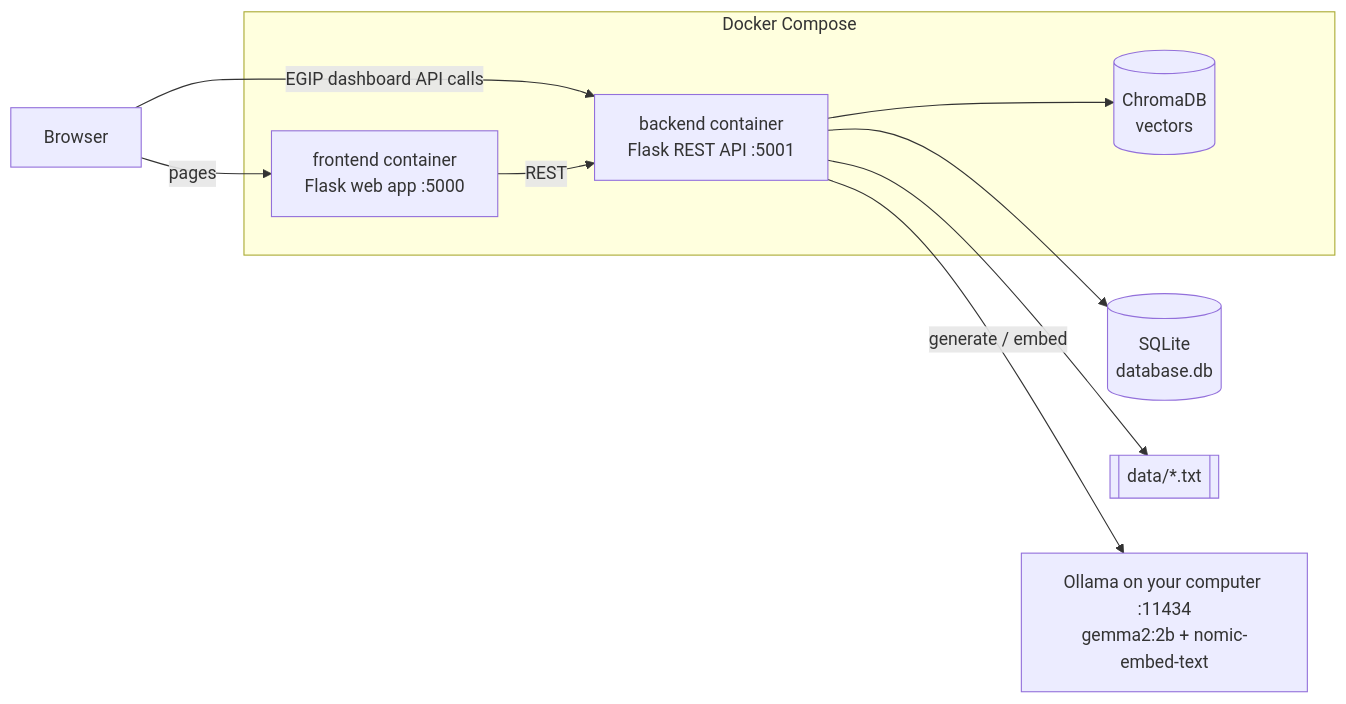
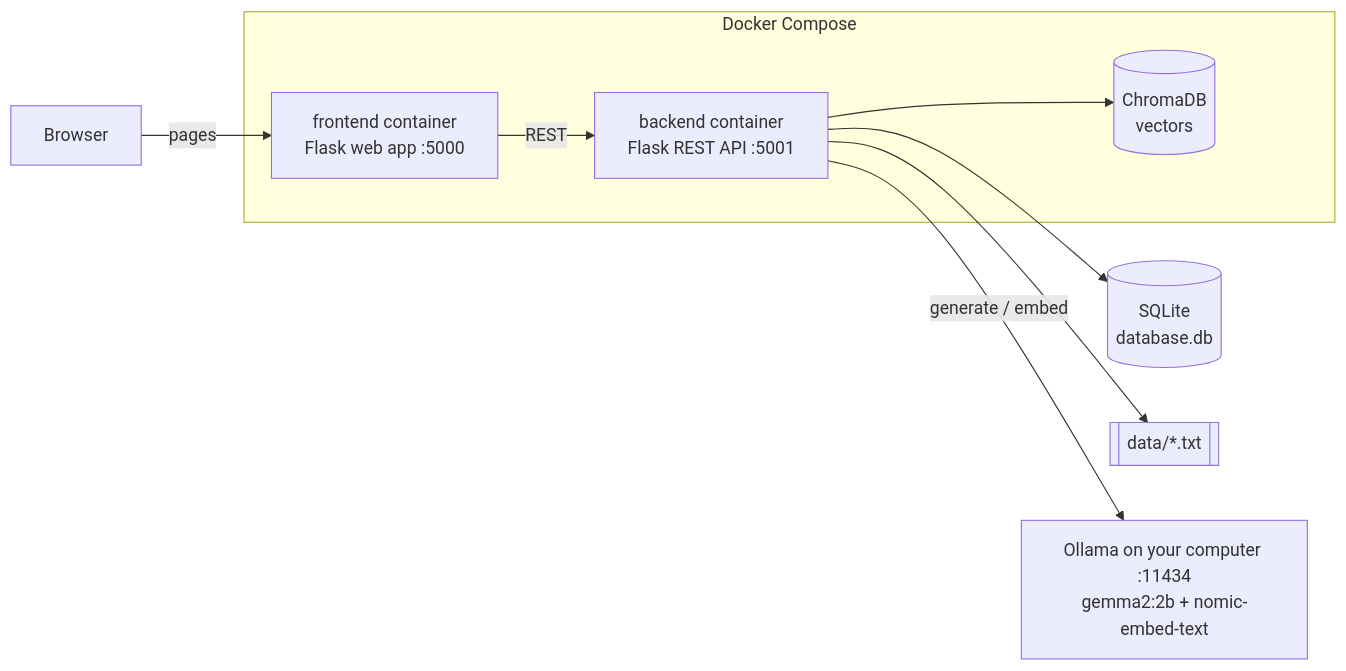
The diagram in README.md (HowardHoJiaHao/GovernanceIntelligencePlatform), drawn with Mermaid before and after one commit. The commit also changed other lines of this file and 24 other files, not shown here.

First line of the commit message:
Merge the EGIP dashboard into the Flask web app

````diff
--- a/README.md
+++ b/README.md
@@ -99,20 +97,19 @@
 ```mermaid
 flowchart LR
     browser["Browser"]
     subgraph compose["Docker Compose"]
         fe["frontend container<br/>Flask web app :5000"]
         be["backend container<br/>Flask REST API :5001"]
         chroma[("ChromaDB<br/>vectors")]
     end
     db[("SQLite<br/>database.db")]
     files[["data/*.txt"]]
     ollama["Ollama on your computer :11434<br/>gemma2:2b + nomic-embed-text"]
 
     browser -- "pages" --> fe
-    browser -- "EGIP dashboard API calls" --> be
     fe -- "REST" --> be
     be --> db
     be --> files
     be --> chroma
     be -- "generate / embed" --> ollama
 ```
````
